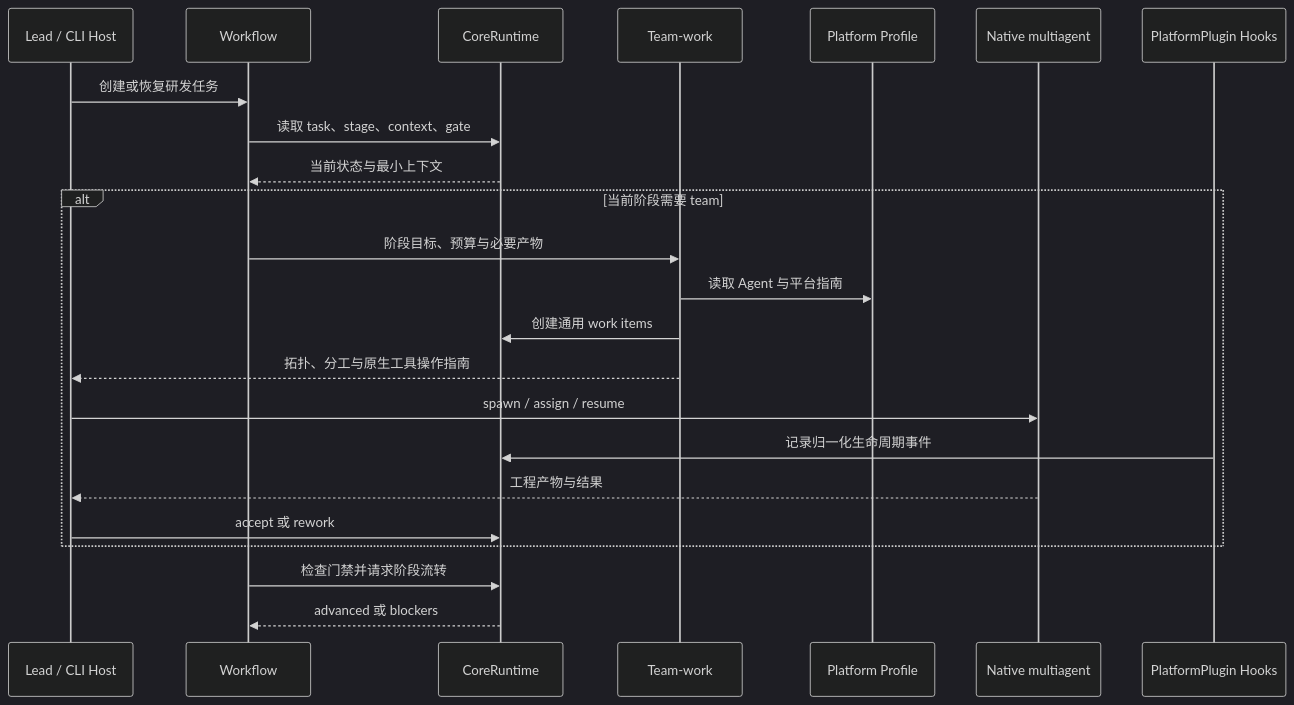
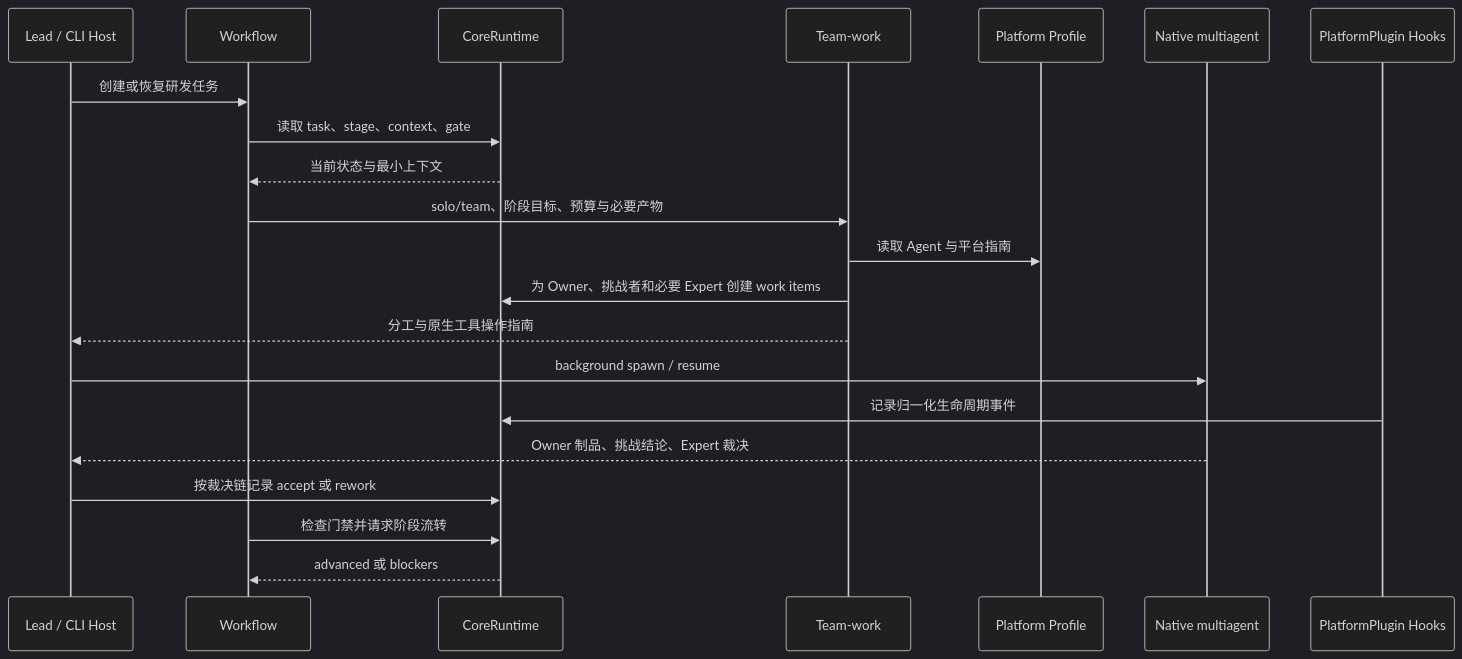
The third of 3 diagrams in docs/runtime-plugin-design.md (liyangink/team-work-runtime), drawn with Mermaid (dark theme) before and after one commit. The commit also changed other lines of this file and 26 other files, not shown here.

````diff
--- a/docs/runtime-plugin-design.md
+++ b/docs/runtime-plugin-design.md
@@ -301,28 +302,26 @@
 ```mermaid
 sequenceDiagram
     participant H as Lead / CLI Host
     participant W as Workflow
     participant C as CoreRuntime
     participant T as Team-work
     participant PP as Platform Profile
     participant A as Native multiagent
     participant P as PlatformPlugin Hooks
 
     H->>W: 创建或恢复研发任务
     W->>C: 读取 task、stage、context、gate
     C-->>W: 当前状态与最小上下文
 
-    alt 当前阶段需要 team
-        W->>T: 阶段目标、预算与必要产物
-        T->>PP: 读取 Agent 与平台指南
-        T->>C: 创建通用 work items
-        T-->>H: 拓扑、分工与原生工具操作指南
-        H->>A: spawn / assign / resume
-        P->>C: 记录归一化生命周期事件
-        A-->>H: 工程产物与结果
-        H->>C: accept 或 rework
-    end
+    W->>T: solo/team、阶段目标、预算与必要产物
+    T->>PP: 读取 Agent 与平台指南
+    T->>C: 为 Owner、挑战者和必要 Expert 创建 work items
+    T-->>H: 分工与原生工具操作指南
+    H->>A: background spawn / resume
+    P->>C: 记录归一化生命周期事件
+    A-->>H: Owner 制品、挑战结论、Expert 裁决
+    H->>C: 按裁决链记录 accept 或 rework
 
     W->>C: 检查门禁并请求阶段流转
     C-->>W: advanced 或 blockers
 ```
````
